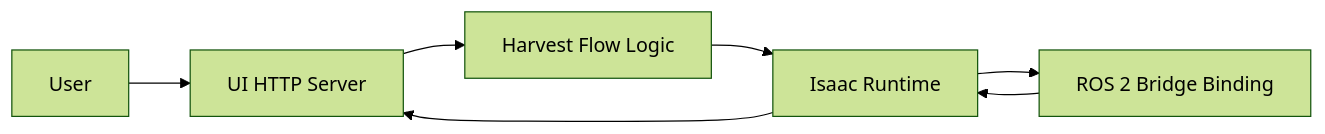
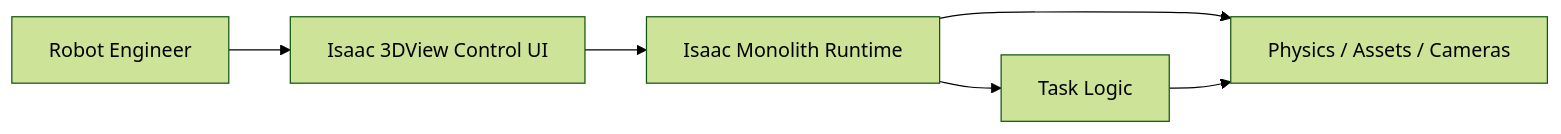
The first of 3 diagrams in .codex/docs/ADR.md (akodama428/trial_issac_sim), drawn with Mermaid (forest theme) before and after one commit. The commit also changed other lines of this file and 217 other files, not shown here.

````diff
--- a/.codex/docs/ADR.md
+++ b/.codex/docs/ADR.md
@@ -64,15 +68,14 @@
 ```mermaid
 flowchart LR
-  User[User]
-  UI[UI HTTP Server]
-  Logic[Harvest Flow Logic]
-  Runtime[Isaac Runtime]
-  ROS[ROS 2 Bridge Binding]
+  User[Robot Engineer]
+  UI[Isaac 3DView Control UI]
+  Mono[Isaac Monolith Runtime]
+  Phys[Physics / Assets / Cameras]
+  Logic[Task Logic]
 
   User --> UI
-  UI --> Logic
-  Logic --> Runtime
-  Runtime --> ROS
-  ROS --> Runtime
-  Runtime --> UI
+  UI --> Mono
+  Mono --> Phys
+  Mono --> Logic
+  Logic --> Phys
 ```
````
